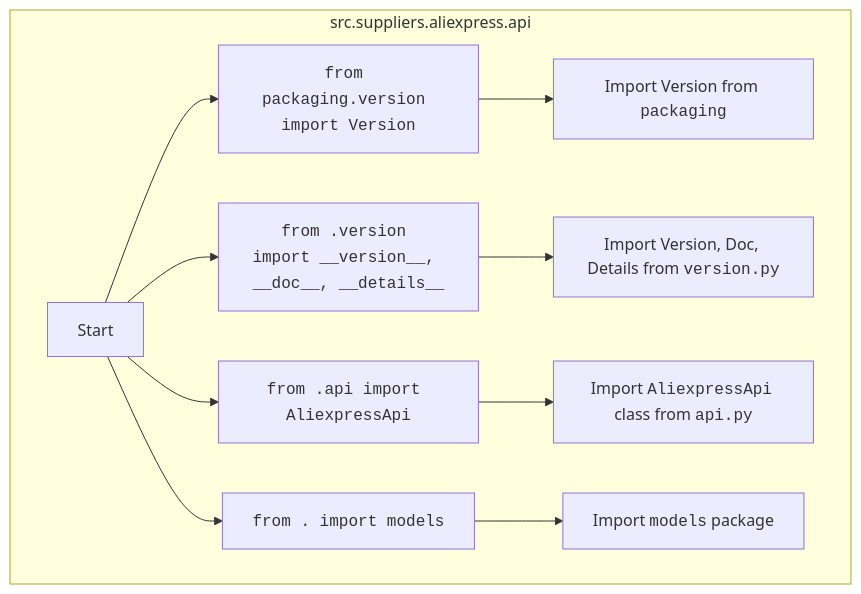
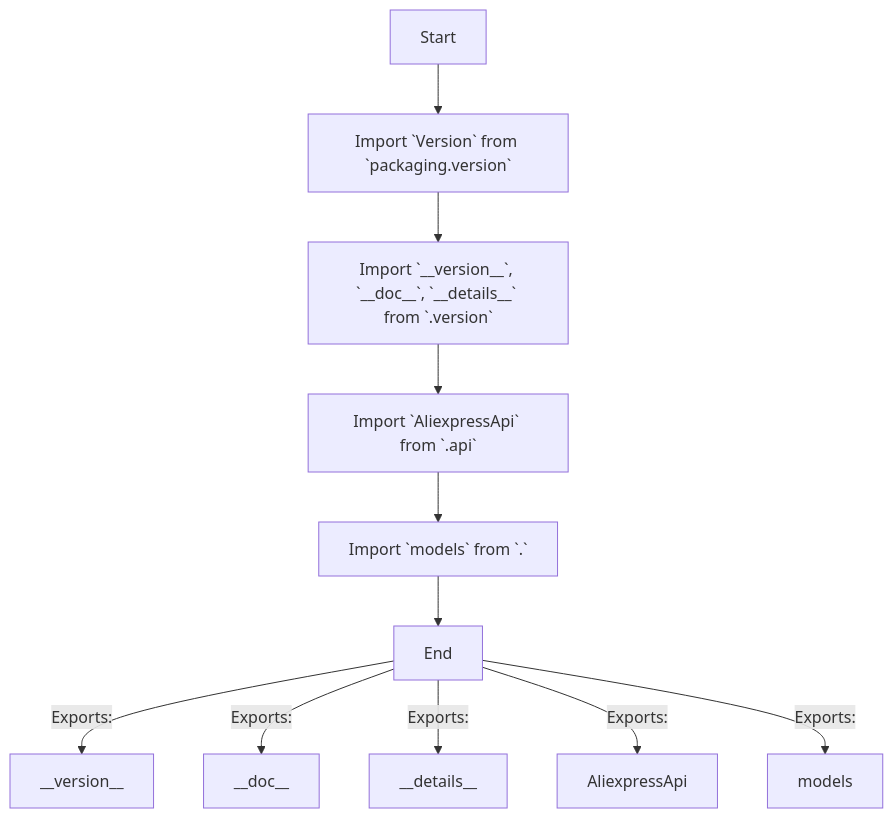
The diagram in docs/gemini/ru/explainer/src/suppliers/aliexpress/api/__init__.py.md (hypo69/hypo), drawn with Mermaid before and after one commit. The commit also changed other lines of this file and 1505 other files, not shown here.

````diff
--- a/docs/gemini/ru/explainer/src/suppliers/aliexpress/api/__init__.py.md
+++ b/docs/gemini/ru/explainer/src/suppliers/aliexpress/api/__init__.py.md
@@ -40,13 +30,13 @@
 ```mermaid
 flowchart TD
-    subgraph src.suppliers.aliexpress.api
-    Start --> ImportVersion[<code>from packaging.version import Version</code>]
-     ImportVersion --> ImportVersionData[Import Version from <code>packaging</code>]
-    Start --> ImportVersionInfo[<code>from .version import __version__, __doc__, __details__</code>]
-     ImportVersionInfo --> ImportVersionInfoData[Import Version, Doc, Details from <code>version.py</code>]
-    Start --> ImportApiClass[<code>from .api import AliexpressApi</code>]
-     ImportApiClass --> ImportApiClassData[Import <code>AliexpressApi</code> class from <code>api.py</code>]
-    Start --> ImportModels[<code>from . import models</code>]
-      ImportModels --> ImportModelsData[Import <code>models</code> package]
-    end
+    Start --> ImportPackaging[Import `Version` from `packaging.version`]
+    ImportPackaging --> ImportVersionInfo[Import `__version__`, `__doc__`, `__details__` from `.version`]
+    ImportVersionInfo --> ImportApiClass[Import `AliexpressApi` from `.api`]
+    ImportApiClass --> ImportModels[Import `models` from `.`]
+    ImportModels --> End[End]
+    End -->|Exports:| __version__
+    End -->|Exports:| __doc__
+    End -->|Exports:| __details__
+    End -->|Exports:| AliexpressApi
+    End -->|Exports:| models
 ```
````
